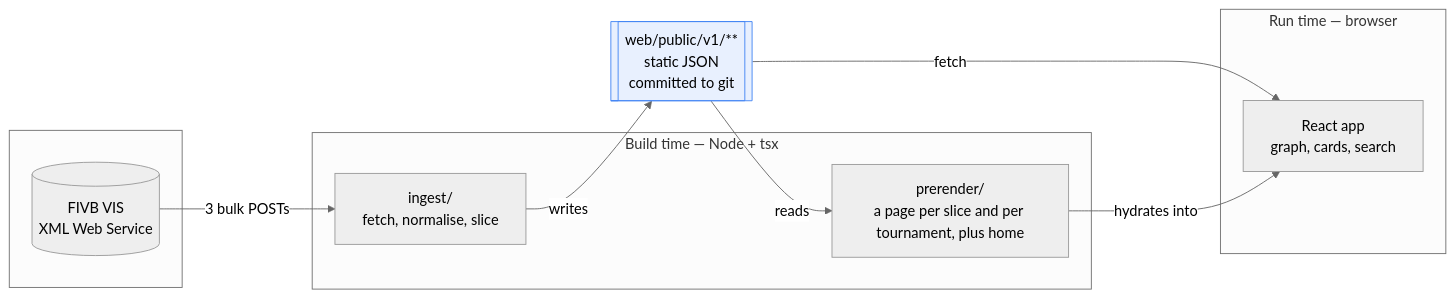
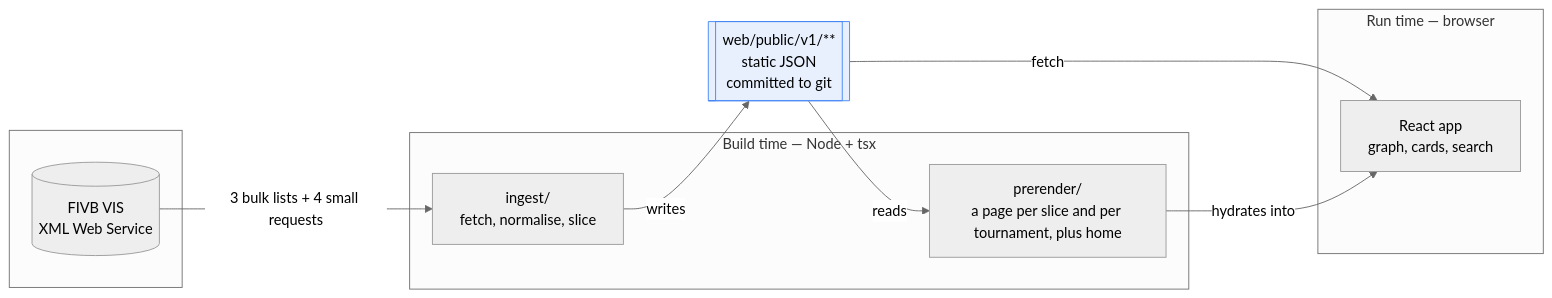
The first of 4 diagrams in docs/architecture.md (eduardopicado/beachvolleyballgraph), drawn with Mermaid (neutral theme) before and after one commit. The commit also changed other lines of this file and 7 other files, not shown here.

````diff
--- a/docs/architecture.md
+++ b/docs/architecture.md
@@ -18,25 +18,25 @@
 ```mermaid
 flowchart LR
   subgraph upstream[" "]
     VIS[(FIVB VIS<br/>XML Web Service)]
   end
 
   subgraph build["Build time — Node + tsx"]
     ING[ingest/<br/>fetch, normalise, slice]
     PRE[prerender/<br/>a page per slice and per tournament, plus home]
   end
 
   DATA[["web/public/v1/**<br/>static JSON<br/>committed to git"]]
 
   subgraph runtime["Run time — browser"]
     APP[React app<br/>graph, cards, search]
   end
 
-  VIS -->|3 bulk POSTs| ING
+  VIS -->|3 bulk lists + 4 small requests| ING
   ING -->|writes| DATA
   DATA -->|reads| PRE
   DATA -->|fetch| APP
   PRE -->|hydrates into| APP
 
   style DATA fill:#e8f0fe,stroke:#4285f4
 ```
````
